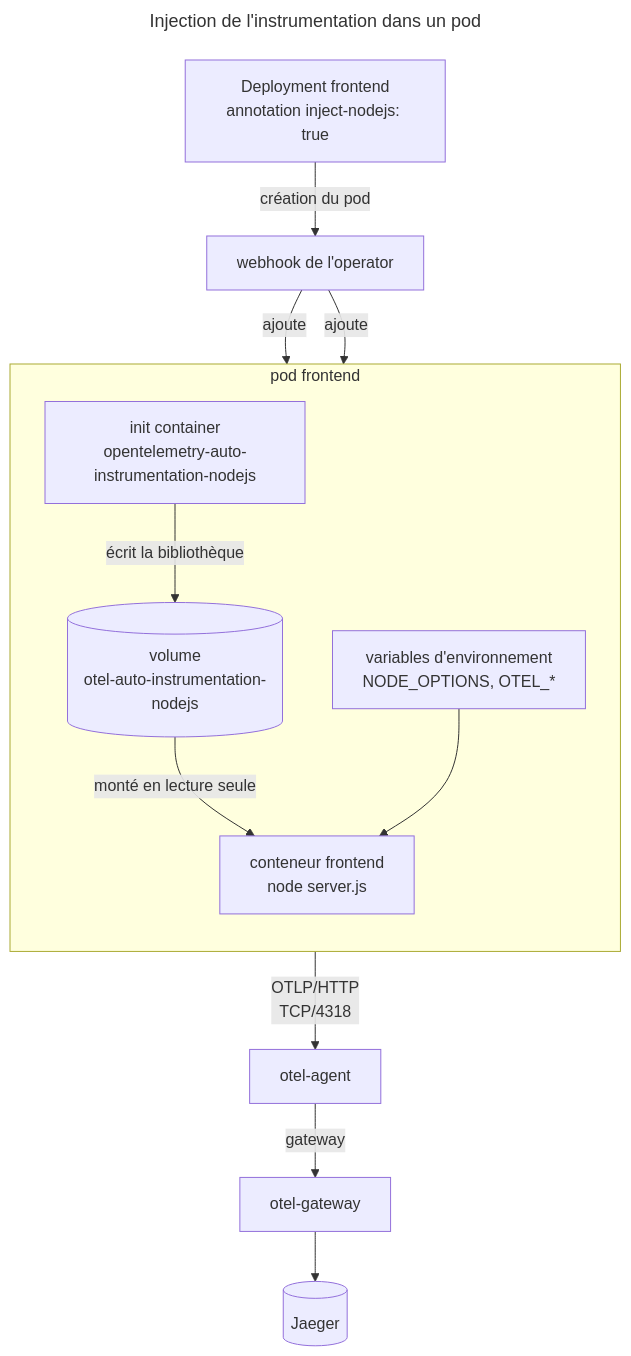
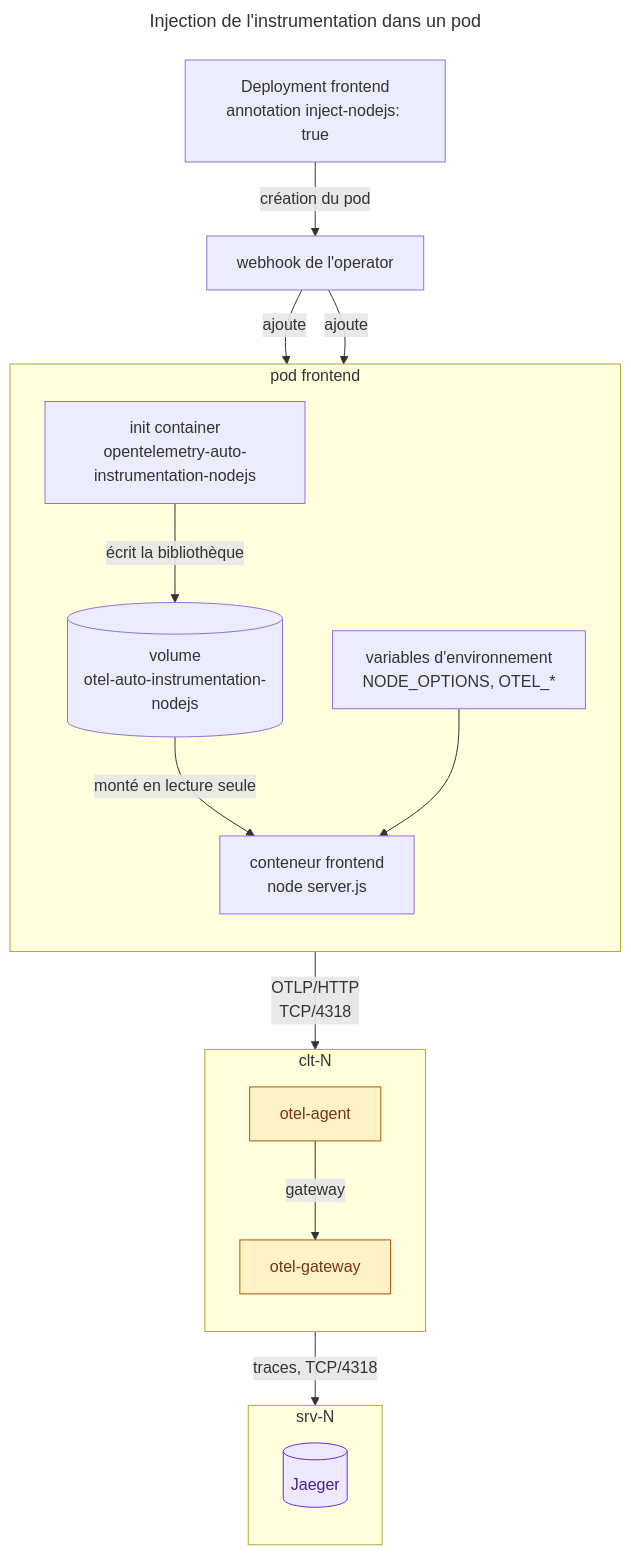
The fourth of 4 diagrams in Lab_TP03_Kubernetes.md (pragmatic-fermat/opentelemetry-labs), drawn with Mermaid before and after one commit. The commit also changed other lines of this file and 7 other files, not shown here.

First line of the commit message:
TP3 : backends sur srv-N, Fluent Bit pour les logs et schemas refondus

````diff
--- a/Lab_TP03_Kubernetes.md
+++ b/Lab_TP03_Kubernetes.md
@@ -772,21 +891,35 @@
 ```mermaid
 ---
 title: Injection de l'instrumentation dans un pod
 ---
 flowchart TB
   D["Deployment frontend<br/>annotation inject-nodejs: true"]
   D -->|création du pod| W[webhook de l'operator]
   W -->|ajoute| IC["init container<br/>opentelemetry-auto-instrumentation-nodejs"]
   W -->|ajoute| ENV["variables d'environnement<br/>NODE_OPTIONS, OTEL_*"]
 
   subgraph POD["pod frontend"]
     direction TB
     IC -->|écrit la bibliothèque| V[(volume<br/>otel-auto-instrumentation-nodejs)]
     V -->|monté en lecture seule| APP["conteneur frontend<br/>node server.js"]
     ENV --> APP
   end
 
-  APP -->|OTLP/HTTP<br/>TCP/4318| AG[otel-agent]
-  AG -->|gateway| GW[otel-gateway]
-  GW --> J[(Jaeger)]
+  subgraph CLT["clt-N"]
+    direction TB
+    APP -->|OTLP/HTTP<br/>TCP/4318| AG[otel-agent]
+    AG -->|gateway| GW[otel-gateway]
+  end
+
+  subgraph SRV["srv-N"]
+    direction TB
+    J[(Jaeger)]
+  end
+
+  GW -->|"traces, TCP/4318"| J
+
+  classDef telemetry fill:#fef3c7,stroke:#b45309,color:#78350f
+  classDef backend fill:#ede9fe,stroke:#6d28d9,color:#4c1d95
+  class AG,GW telemetry
+  class J backend
 ```
````
